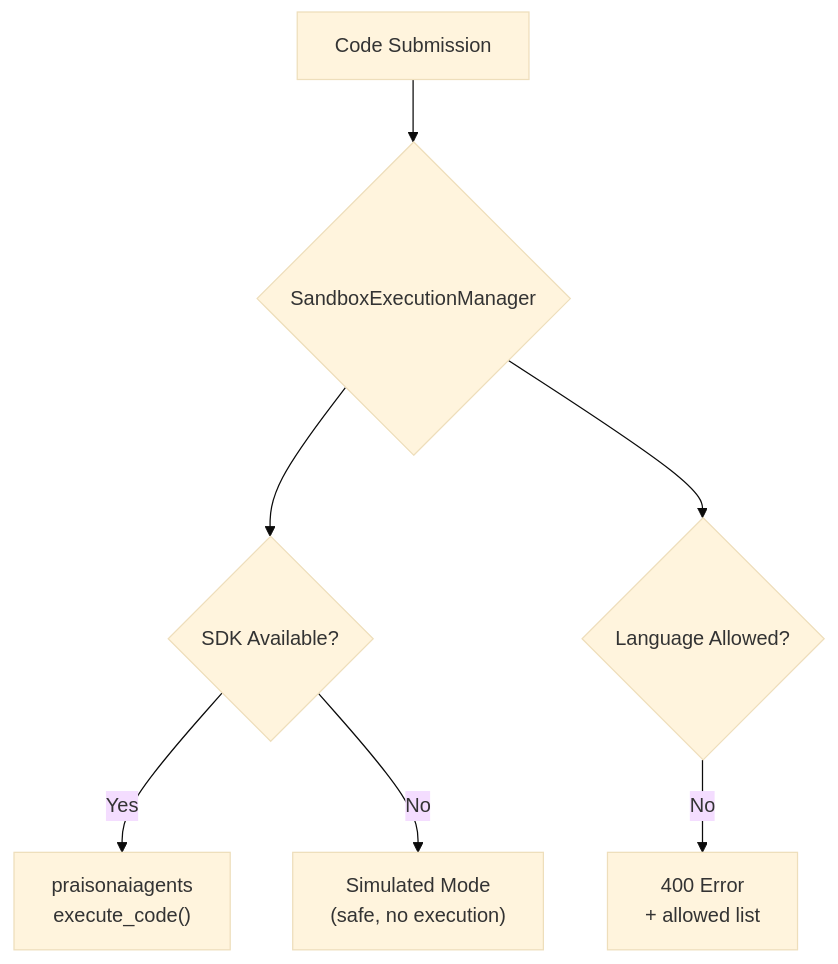
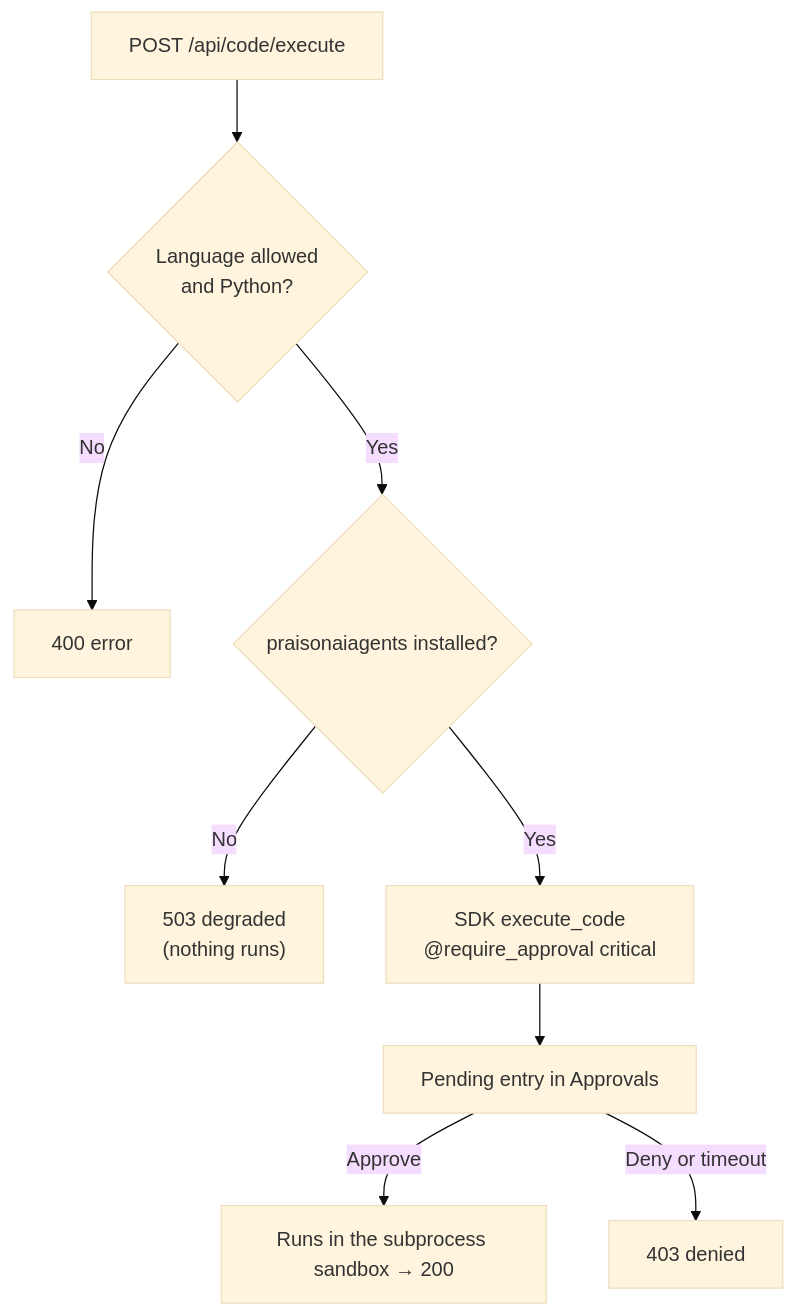
Before and after one commit to MervinPraison/PraisonAIUI: the diagram in docs/features/code-execution.md, drawn with Mermaid (base theme). The commit also changed other lines of this file and 7 other files, not shown here.

First line of the commit message:
fix(code-execution): require a human approval for Code Studio runs (#311)

````diff
--- a/docs/features/code-execution.md
+++ b/docs/features/code-execution.md
@@ -19,9 +19,11 @@
 ```mermaid
 graph TD
-    A["Code Submission"] --> B{"SandboxExecutionManager"}
-    B --> C{"SDK Available?"}
-    C -->|Yes| D["praisonaiagents\nexecute_code()"]
-    C -->|No| E["Simulated Mode\n(safe, no execution)"]
-    B --> F{"Language Allowed?"}
-    F -->|No| G["400 Error\n+ allowed list"]
+    A["POST /api/code/execute"] --> F{"Language allowed<br/>and Python?"}
+    F -->|No| G["400 error"]
+    F -->|Yes| C{"praisonaiagents installed?"}
+    C -->|No| E["503 degraded<br/>(nothing runs)"]
+    C -->|Yes| H["SDK execute_code<br/>@require_approval critical"]
+    H --> I["Pending entry in Approvals"]
+    I -->|Approve| D["Runs in the subprocess sandbox → 200"]
+    I -->|Deny or timeout| J["403 denied"]
 ```
````
